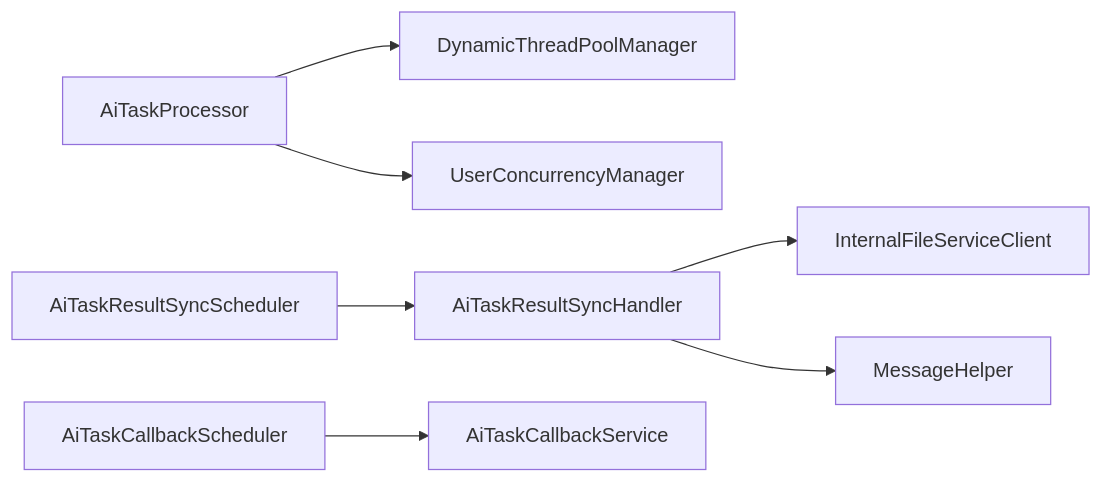
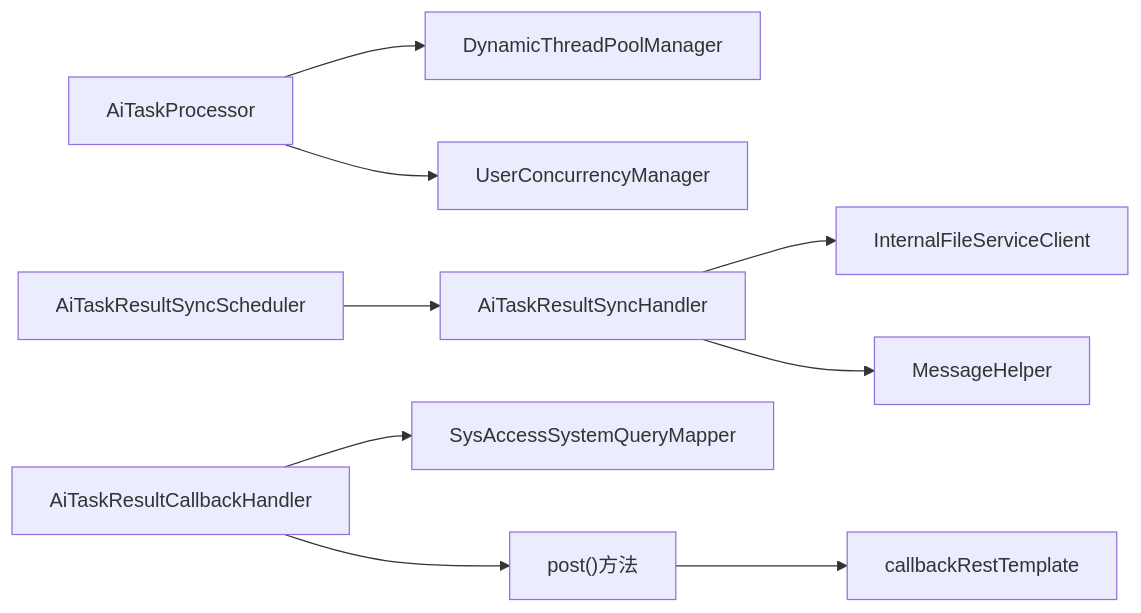
The tenth of 10 diagrams in .qoder/repowiki/zh/content/后端服务/交互服务 (ele-ai-tender-interaction)/回调机制与异步处理.md (DrunkFood/First), drawn with Mermaid before and after one commit. The commit also changed other lines of this file and 77 other files, not shown here.

````diff
--- a/.qoder/repowiki/zh/content/后端服务/交互服务 (ele-ai-tender-interaction)/回调机制与异步处理.md
+++ b/.qoder/repowiki/zh/content/后端服务/交互服务 (ele-ai-tender-interaction)/回调机制与异步处理.md
@@ -365,9 +431,11 @@
 ```mermaid
 graph LR
 Processor["AiTaskProcessor"] --> Pool["DynamicThreadPoolManager"]
 Processor --> Concur["UserConcurrencyManager"]
 SyncSch["AiTaskResultSyncScheduler"] --> SyncH["AiTaskResultSyncHandler"]
-CallbackSch["AiTaskCallbackScheduler"] --> CallbackSvc["AiTaskCallbackService"]
+CallbackH["AiTaskResultCallbackHandler"] --> AccessMapper["SysAccessSystemQueryMapper"]
+CallbackH --> PostMethod["post()方法"]
+PostMethod --> RestTemplate["callbackRestTemplate"]
 SyncH --> FileClient["InternalFileServiceClient"]
 SyncH --> MsgHelper["MessageHelper"]
 ```
````
